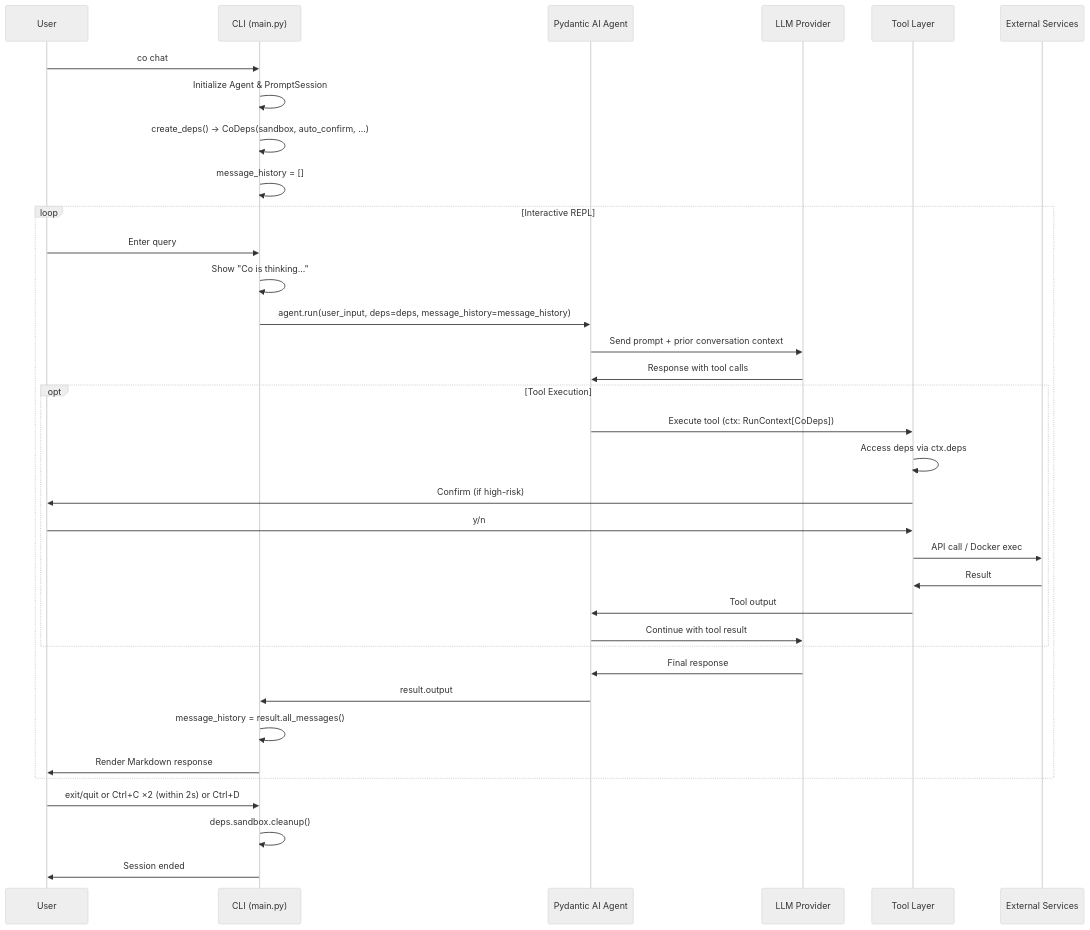
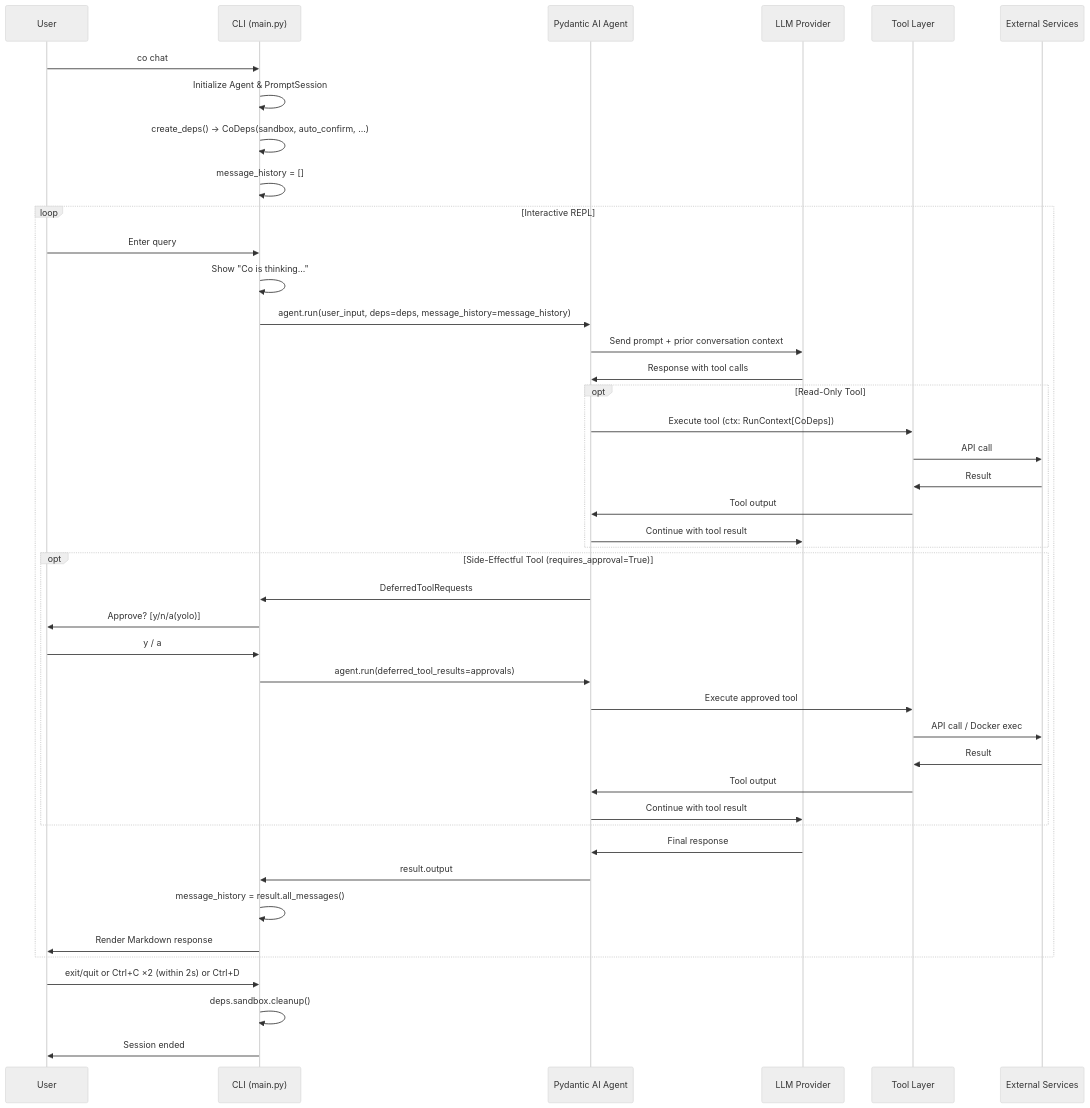
One commit to binlecode/co-cli changed the second of 15 diagrams in docs/DESIGN-co-cli.md. Above: the diagram before and after it, drawn with Mermaid (neutral theme). The commit also changed other lines of this file and 1 other file, not shown here.

First line of the commit message:
Update design docs: chained approvals, args variance, shell tool flow

````diff
--- a/docs/DESIGN-co-cli.md
+++ b/docs/DESIGN-co-cli.md
@@ -92,42 +92,51 @@
 ```mermaid
 sequenceDiagram
     participant User
     participant CLI as CLI (main.py)
     participant Agent as Pydantic AI Agent
     participant LLM as LLM Provider
     participant Tools as Tool Layer
     participant External as External Services
 
     User->>CLI: co chat
     CLI->>CLI: Initialize Agent & PromptSession
     CLI->>CLI: create_deps() → CoDeps(sandbox, auto_confirm, ...)
     CLI->>CLI: message_history = []
 
     loop Interactive REPL
         User->>CLI: Enter query
         CLI->>CLI: Show "Co is thinking..."
         CLI->>Agent: agent.run(user_input, deps=deps, message_history=message_history)
         Agent->>LLM: Send prompt + prior conversation context
         LLM->>Agent: Response with tool calls
 
-        opt Tool Execution
+        opt Read-Only Tool
             Agent->>Tools: Execute tool (ctx: RunContext[CoDeps])
-            Tools->>Tools: Access deps via ctx.deps
-            Tools->>User: Confirm (if high-risk)
-            User->>Tools: y/n
+            Tools->>External: API call
+            External->>Tools: Result
+            Tools->>Agent: Tool output
+            Agent->>LLM: Continue with tool result
+        end
+
+        opt Side-Effectful Tool (requires_approval=True)
+            Agent->>CLI: DeferredToolRequests
+            CLI->>User: Approve? [y/n/a(yolo)]
+            User->>CLI: y / a
+            CLI->>Agent: agent.run(deferred_tool_results=approvals)
+            Agent->>Tools: Execute approved tool
             Tools->>External: API call / Docker exec
             External->>Tools: Result
             Tools->>Agent: Tool output
             Agent->>LLM: Continue with tool result
         end
 
         LLM->>Agent: Final response
         Agent->>CLI: result.output
         CLI->>CLI: message_history = result.all_messages()
         CLI->>User: Render Markdown response
     end
 
     User->>CLI: exit/quit or Ctrl+C ×2 (within 2s) or Ctrl+D
     CLI->>CLI: deps.sandbox.cleanup()
     CLI->>User: Session ended
 ```
````
